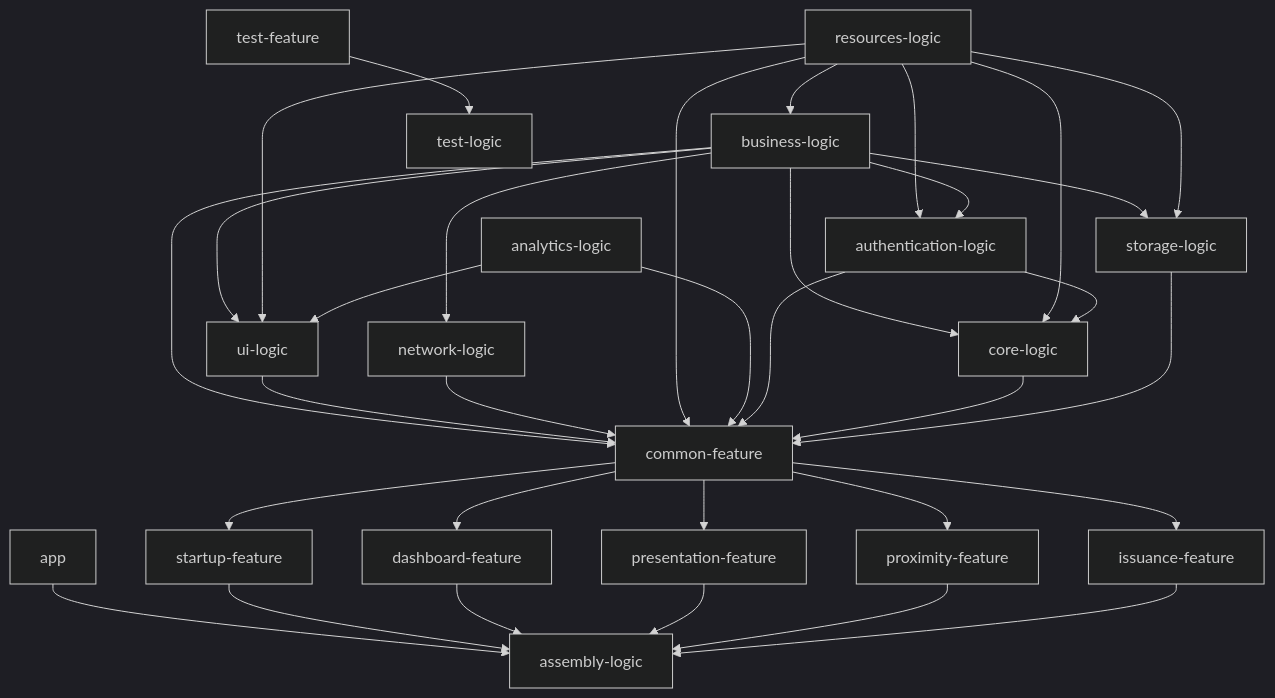
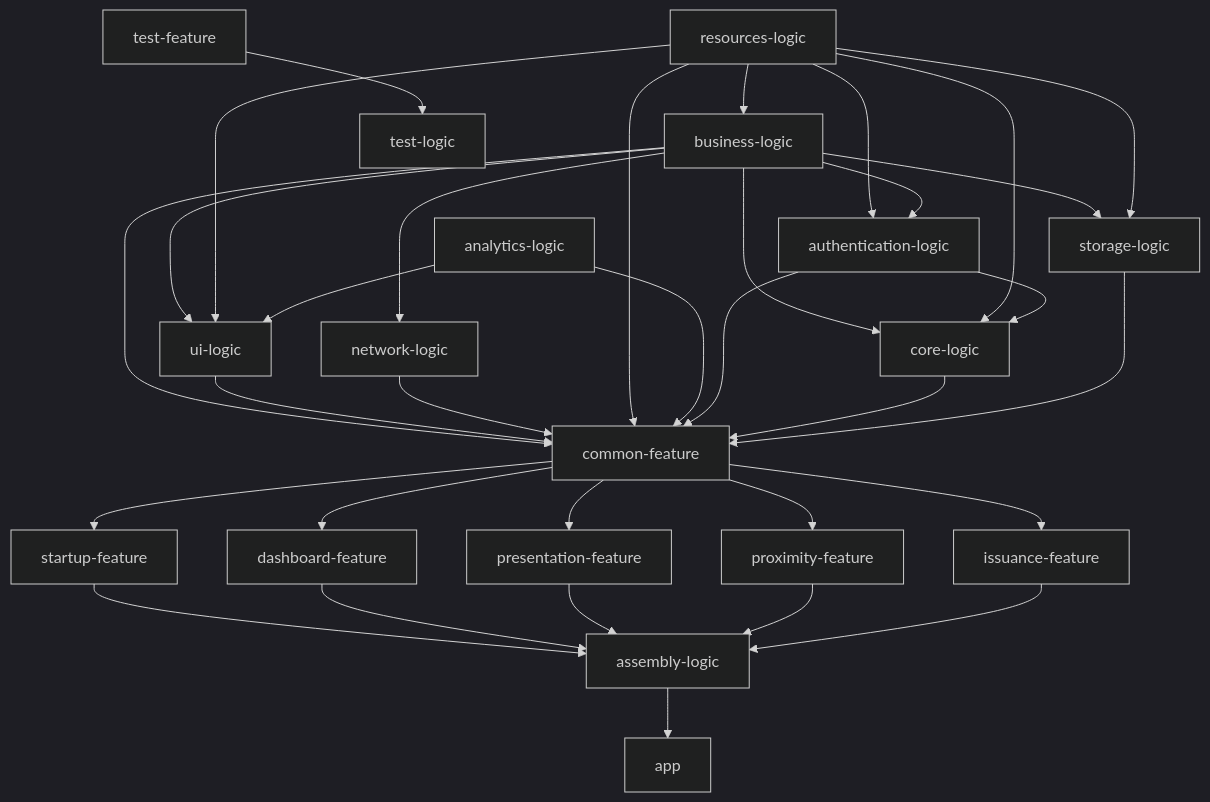
The diagram in README.md (eu-digital-identity-wallet/eudi-app-android-wallet-ui), drawn with Mermaid (dark theme) before and after one commit.

Commit message:
docs: fix dependency direction in README Mermaid diagram
This commit updates the Mermaid graph in `README.md` to correctly reflect the relationship between `assembly-logic` and `app`, reversing the arrow direction to match the project's architecture.

````diff
--- a/README.md
+++ b/README.md
@@ -178,46 +178,46 @@
 ```mermaid
 graph TD;
-  app --> assembly-logic
+  assembly-logic --> app
 
   startup-feature --> assembly-logic
   dashboard-feature --> assembly-logic
   presentation-feature --> assembly-logic
   proximity-feature --> assembly-logic
   issuance-feature --> assembly-logic
 
   common-feature --> startup-feature
   common-feature --> dashboard-feature
   common-feature --> presentation-feature
   common-feature --> proximity-feature
   common-feature --> issuance-feature
 
   business-logic --> common-feature
   ui-logic --> common-feature
   network-logic --> common-feature
   resources-logic --> common-feature
   analytics-logic --> common-feature 
   authentication-logic --> common-feature 
   core-logic --> common-feature
   storage-logic --> common-feature 
 
   business-logic --> core-logic
   resources-logic --> core-logic
   authentication-logic --> core-logic
 
   business-logic --> ui-logic
   resources-logic --> ui-logic
   analytics-logic --> ui-logic
 
   business-logic --> network-logic
   
   business-logic --> storage-logic
 
   resources-logic --> storage-logic
 
   resources-logic --> business-logic
 
   resources-logic --> authentication-logic
   business-logic --> authentication-logic
 
   test-feature --> test-logic
 ```
````
